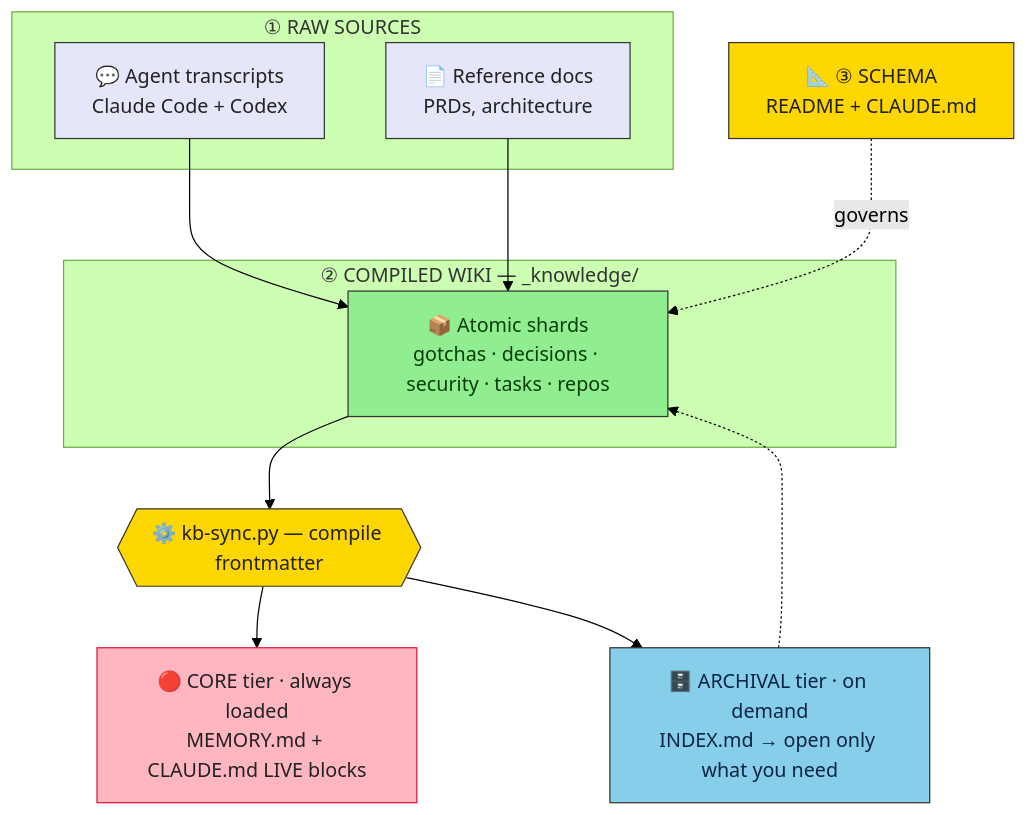
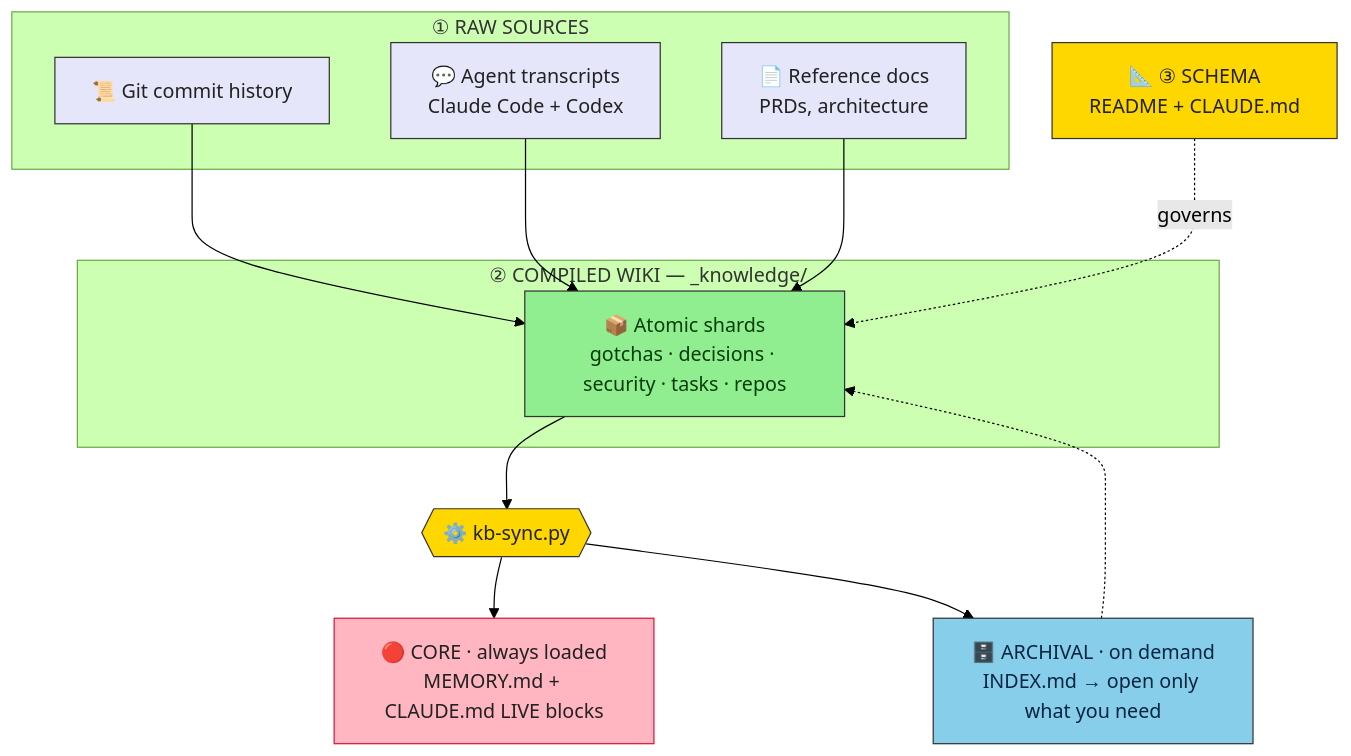
Before and after one commit to karrvel/kb-template: the diagram in README.md, drawn with Mermaid (forest theme). The commit also changed other lines of this file and 2 other files, not shown here.

````diff
--- a/README.md
+++ b/README.md
@@ -47,28 +32,30 @@
 ```mermaid
 flowchart TB
     subgraph RAW["① RAW SOURCES"]
+        G["📜 Git commit history"]
         T["💬 Agent transcripts<br/>Claude Code + Codex"]
         R["📄 Reference docs<br/>PRDs, architecture"]
     end
     subgraph WIKI["② COMPILED WIKI — _knowledge/"]
         S["📦 Atomic shards<br/>gotchas · decisions · security · tasks · repos"]
     end
     SCHEMA["📐 ③ SCHEMA<br/>README + CLAUDE.md"]
+    G --> S
     T --> S
     R --> S
     SCHEMA -. governs .-> S
-    S --> SYNC{{"⚙️ kb-sync.py — compile frontmatter"}}
-    SYNC --> CORE["🔴 CORE tier · always loaded<br/>MEMORY.md + CLAUDE.md LIVE blocks"]
-    SYNC --> NAV["🗄️ ARCHIVAL tier · on demand<br/>INDEX.md → open only what you need"]
+    S --> SYNC{{"⚙️ kb-sync.py"}}
+    SYNC --> CORE["🔴 CORE · always loaded<br/>MEMORY.md + CLAUDE.md LIVE blocks"]
+    SYNC --> NAV["🗄️ ARCHIVAL · on demand<br/>INDEX.md → open only what you need"]
     NAV -.-> S
     classDef raw fill:#E6E6FA,stroke:#333,stroke-width:1px,color:#222222
     classDef wiki fill:#90EE90,stroke:#333,stroke-width:1px,color:#0a3d0a
     classDef schema fill:#FFD700,stroke:#333,stroke-width:1px,color:#222222
     classDef core fill:#FFB6C1,stroke:#DC143C,stroke-width:1px,color:#222222
     classDef arch fill:#87CEEB,stroke:#333,stroke-width:1px,color:#0a2540
-    class T,R raw
+    class G,T,R raw
     class S wiki
     class SCHEMA,SYNC schema
     class CORE core
     class NAV arch
 ```
````
